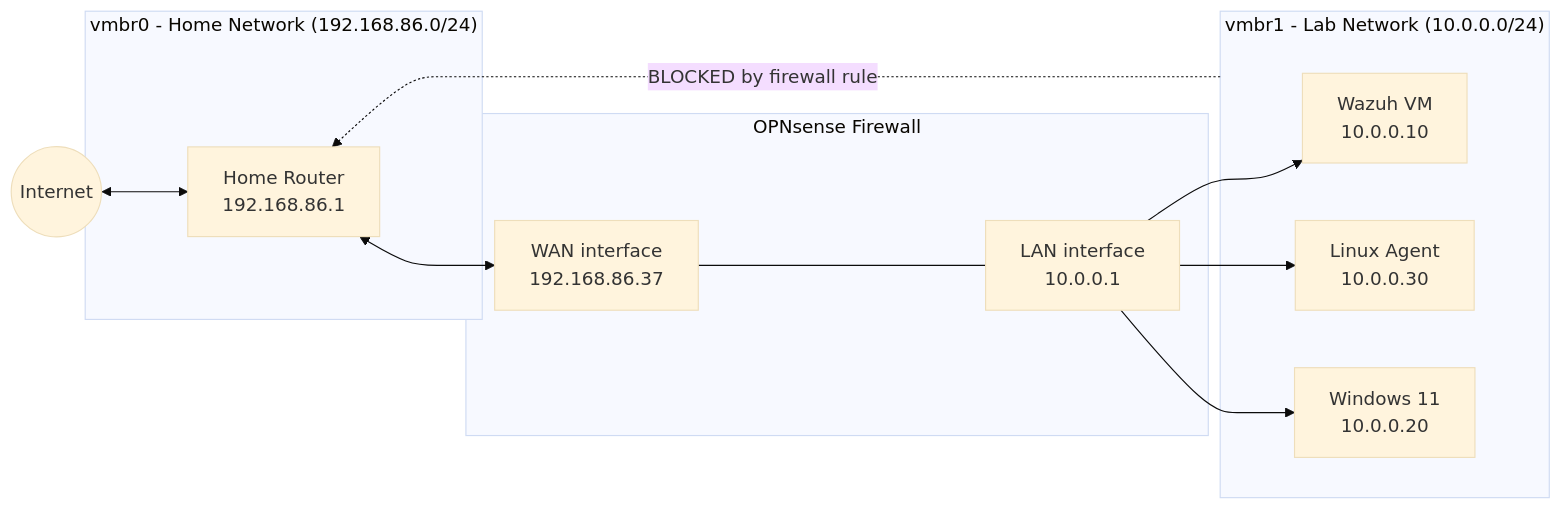
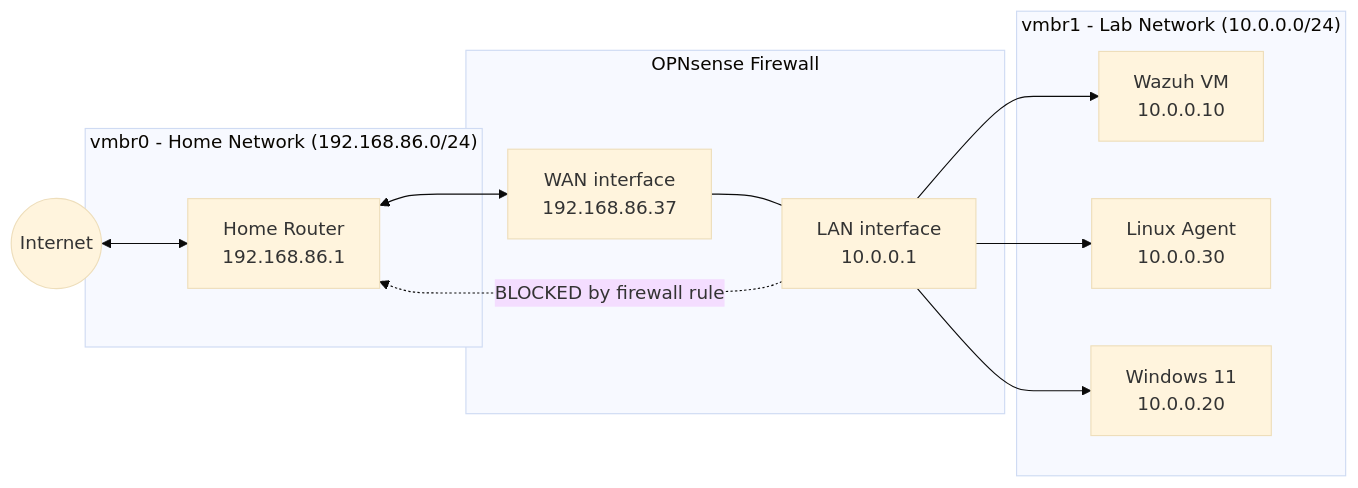
One commit to tahmidislam2003/opnsense-firewall-lab changed the diagram in README.md. Above: the diagram before and after it, drawn with Mermaid (base theme).

Commit message:
Fix diagram: replace subgraph edge source with concrete LAN node
- lab (subgraph ID) as edge source requires Mermaid v10.3+ and can silently render as a phantom orphan node in older versions
- Changed to LAN (the OPNsense interface where the block rule actually lives) for compatibility and accuracy

````diff
--- a/README.md
+++ b/README.md
@@ -9,27 +9,27 @@
 ```mermaid
 graph LR
     Internet((Internet))
 
     subgraph home["vmbr0 - Home Network (192.168.86.0/24)"]
         Router[Home Router<br/>192.168.86.1]
     end
 
     subgraph fw["OPNsense Firewall"]
         WAN[WAN interface<br/>192.168.86.37]
         LAN[LAN interface<br/>10.0.0.1]
     end
 
     subgraph lab["vmbr1 - Lab Network (10.0.0.0/24)"]
         Wazuh[Wazuh VM<br/>10.0.0.10]
         Linux[Linux Agent<br/>10.0.0.30]
         Win[Windows 11<br/>10.0.0.20]
     end
 
     Internet <--> Router
     Router <--> WAN
     WAN --- LAN
     LAN --> Wazuh
     LAN --> Linux
     LAN --> Win
-    lab -. "BLOCKED by firewall rule" .-> Router
+    LAN -. "BLOCKED by firewall rule" .-> Router
 ```
````
